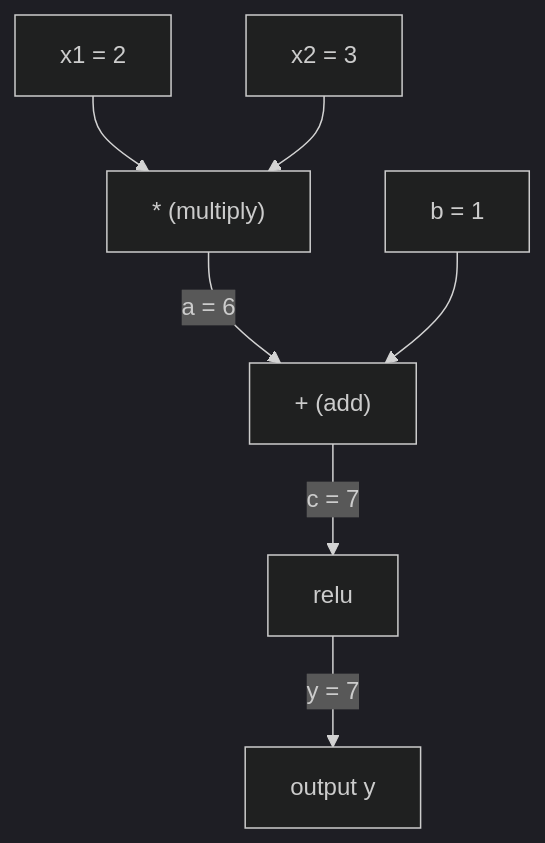
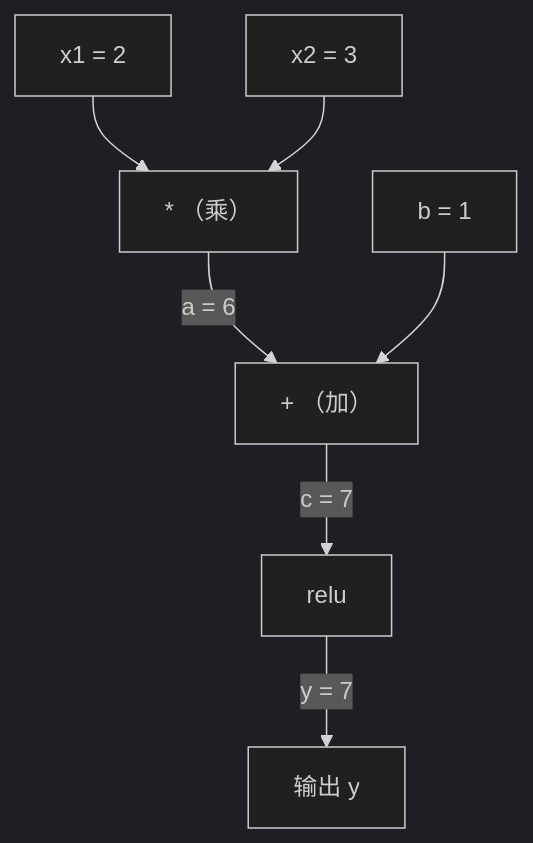
Before and after one commit to JerryC8080/ai-engineering-from-scratch-zh: the first of 2 diagrams in phases/01-math-foundations/05-chain-rule-and-autodiff/docs/zh.md, drawn with Mermaid (dark theme). The commit also changed 156 other files, not shown here.

First line of the commit message:
i18n(zh): translate mermaid diagram labels in 157 lesson zh.md

````diff
--- a/phases/01-math-foundations/05-chain-rule-and-autodiff/docs/zh.md
+++ b/phases/01-math-foundations/05-chain-rule-and-autodiff/docs/zh.md
@@ -66,9 +66,9 @@
 ```mermaid
 graph TD
-    x1["x1 = 2"] --> mul["* (multiply)"]
+    x1["x1 = 2"] --> mul["* （乘）"]
     x2["x2 = 3"] --> mul
-    mul -->|"a = 6"| add["+ (add)"]
+    mul -->|"a = 6"| add["+ （加）"]
     b["b = 1"] --> add
     add -->|"c = 7"| relu["relu"]
-    relu -->|"y = 7"| y["output y"]
+    relu -->|"y = 7"| y["输出 y"]
 ```
````
